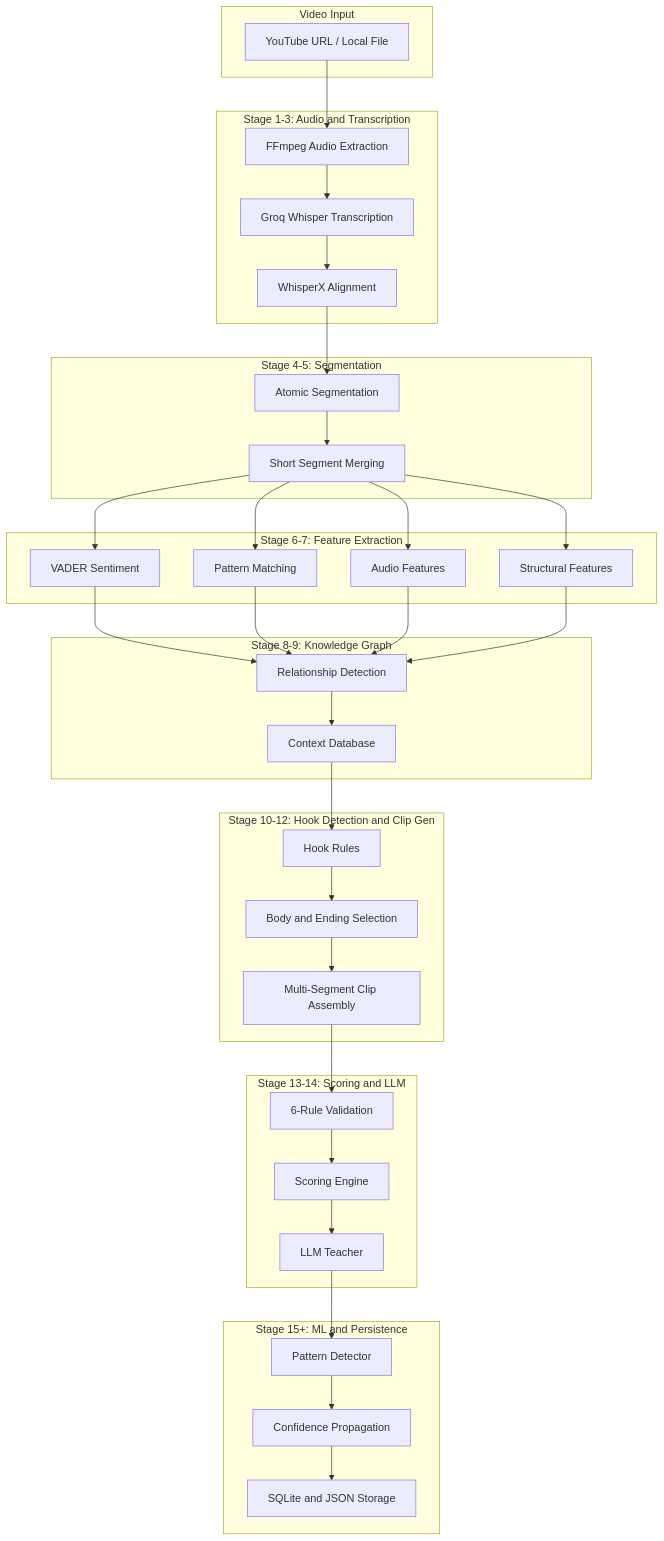
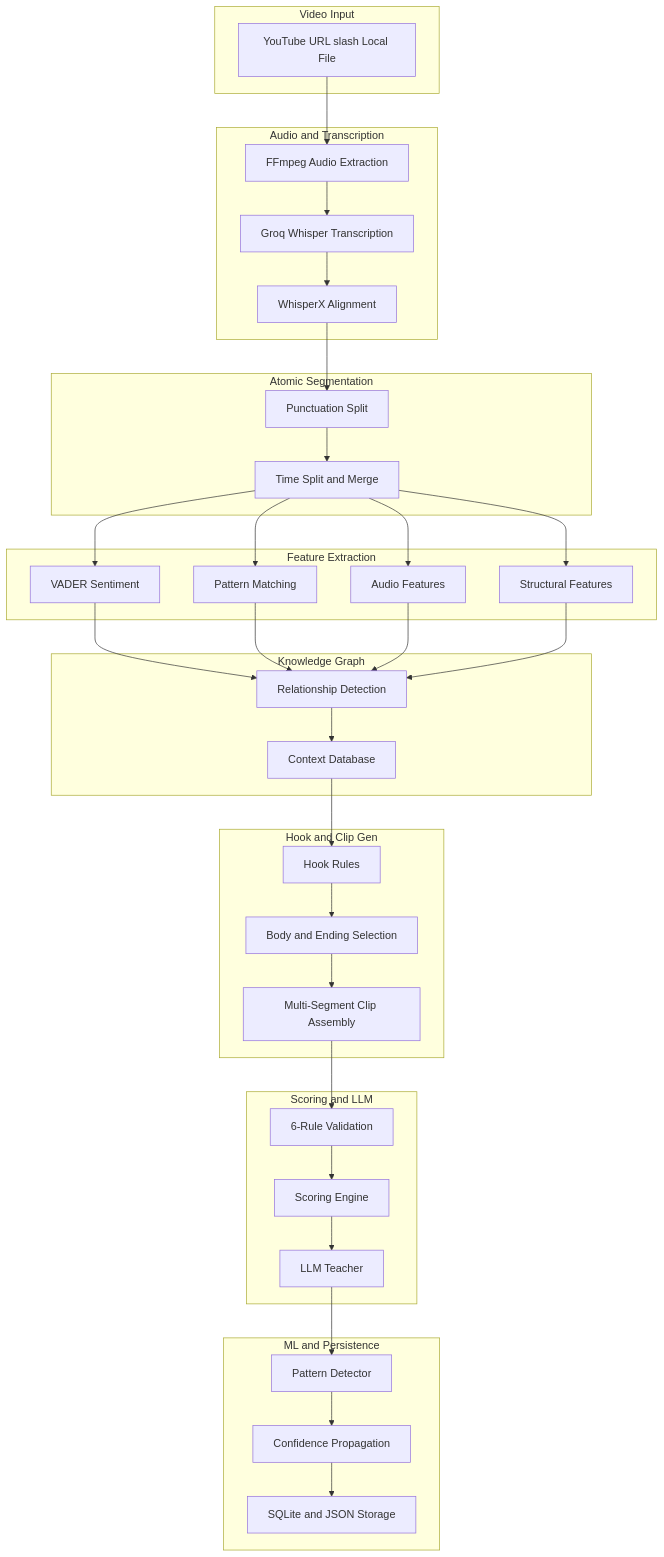
Before and after one commit to samm329-ui/Trimora: the first of 24 diagrams in README.md, drawn with Mermaid. The commit also changed other lines of this file, not shown here.

Commit message:
docs: fix Mermaid syntax for GitHub renderer - remove parens quotes from labels

````diff
--- a/README.md
+++ b/README.md
@@ -47,71 +47,71 @@
 ```mermaid
 flowchart TB
     subgraph Input["Video Input"]
-        A[YouTube URL / Local File]
+        A[YouTube URL slash Local File]
     end
 
-    subgraph Stage1["Stage 1-3: Audio and Transcription"]
+    subgraph Audio["Audio and Transcription"]
         B[FFmpeg Audio Extraction]
         C[Groq Whisper Transcription]
         D[WhisperX Alignment]
     end
 
-    subgraph Stage2["Stage 4-5: Segmentation"]
-        E[Atomic Segmentation]
-        F[Short Segment Merging]
+    subgraph Segment["Atomic Segmentation"]
+        E[Punctuation Split]
+        F[Time Split and Merge]
     end
 
-    subgraph Stage3["Stage 6-7: Feature Extraction"]
+    subgraph Features["Feature Extraction"]
         G[VADER Sentiment]
         H[Pattern Matching]
         I[Audio Features]
         J[Structural Features]
     end
 
-    subgraph Stage4["Stage 8-9: Knowledge Graph"]
+    subgraph Graph["Knowledge Graph"]
         K[Relationship Detection]
         L[Context Database]
     end
 
-    subgraph Stage5["Stage 10-12: Hook Detection and Clip Gen"]
+    subgraph Detection["Hook and Clip Gen"]
         M[Hook Rules]
         N[Body and Ending Selection]
         O[Multi-Segment Clip Assembly]
     end
 
-    subgraph Stage6["Stage 13-14: Scoring and LLM"]
+    subgraph Scoring["Scoring and LLM"]
         P[6-Rule Validation]
         Q[Scoring Engine]
         R[LLM Teacher]
     end
 
-    subgraph Stage7["Stage 15+: ML and Persistence"]
+    subgraph ML["ML and Persistence"]
         S[Pattern Detector]
         T[Confidence Propagation]
         U[SQLite and JSON Storage]
     end
 
     A --> B
     B --> C
     C --> D
     D --> E
     E --> F
     F --> G
     F --> H
     F --> I
     F --> J
     G --> K
     H --> K
     I --> K
     J --> K
     K --> L
     L --> M
     M --> N
     N --> O
     O --> P
     P --> Q
     Q --> R
     R --> S
     S --> T
     T --> U
 ```
````
